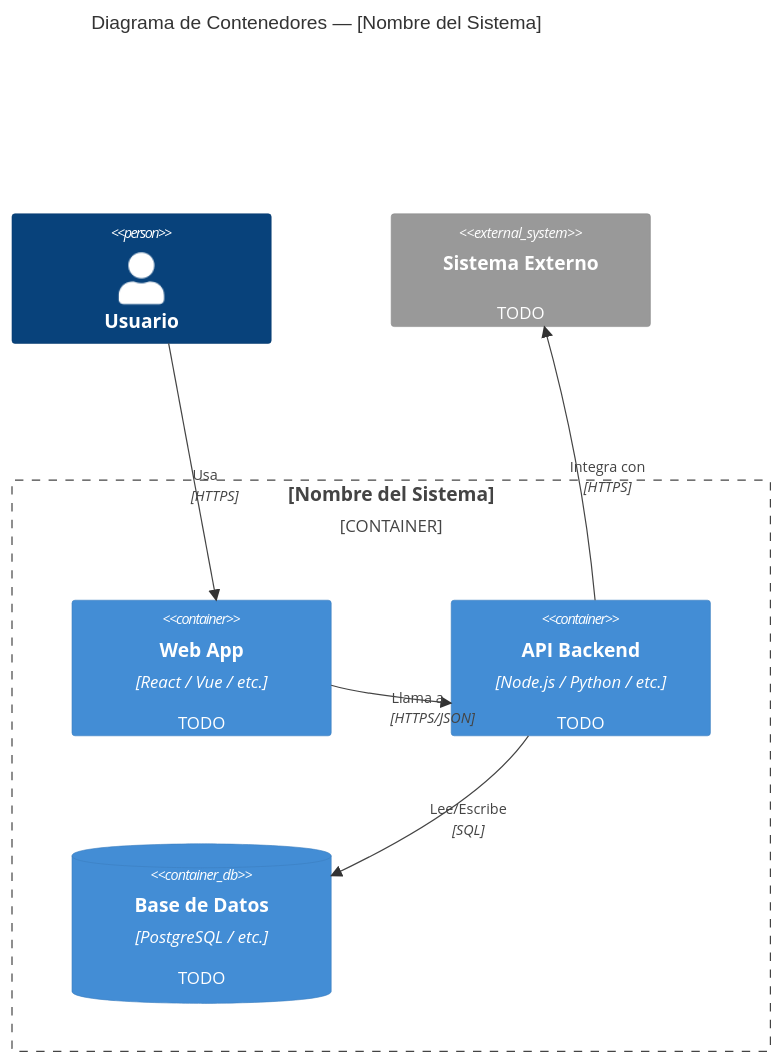
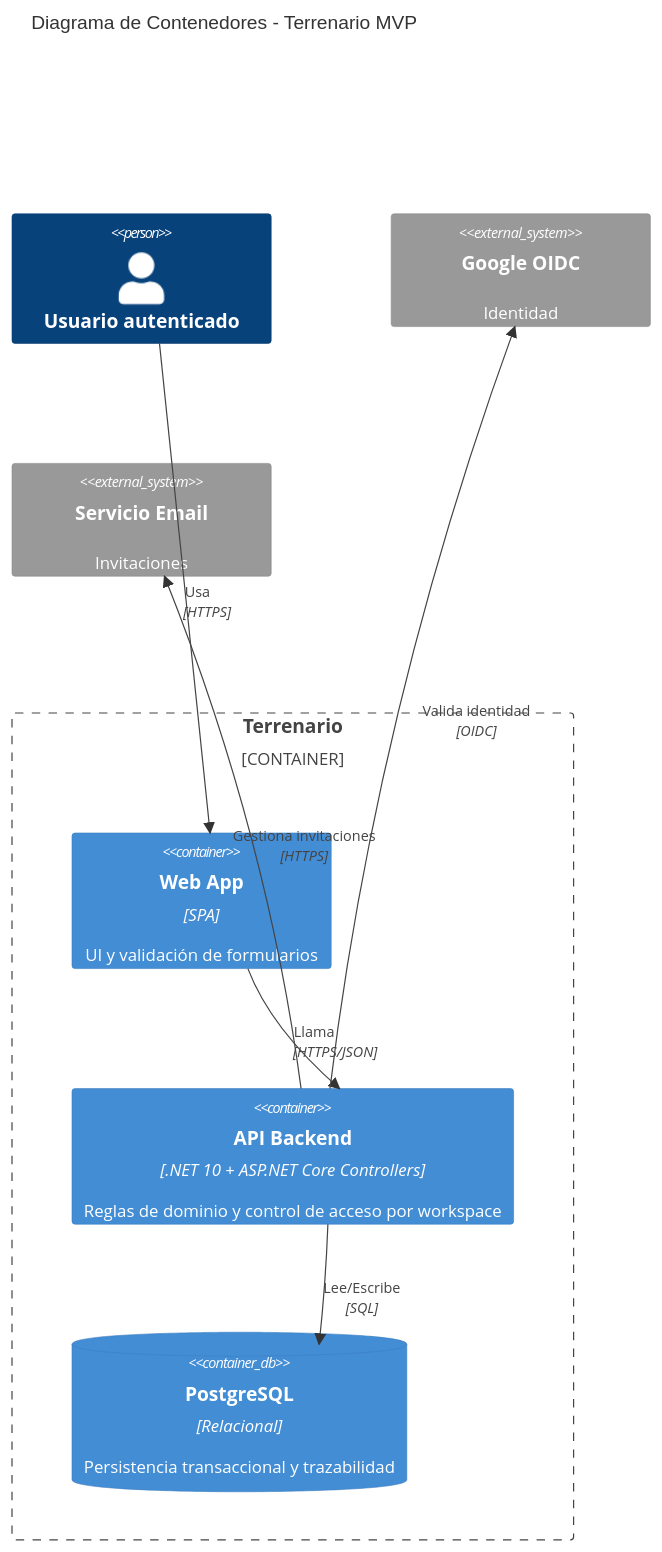
Before and after one commit to AndresGilabert/terrenario: the second of 2 diagrams in docs/02-arquitectura/vision-general.md, drawn with Mermaid. The commit also changed other lines of this file and 34 other files, not shown here.

````diff
--- a/docs/02-arquitectura/vision-general.md
+++ b/docs/02-arquitectura/vision-general.md
@@ -37,19 +70,21 @@
 ```mermaid
 C4Container
-    title Diagrama de Contenedores — [Nombre del Sistema]
+    title Diagrama de Contenedores - Terrenario MVP
 
-    Person(usuario, "Usuario")
+    Person(usuario, "Usuario autenticado")
 
-    Container_Boundary(c1, "[Nombre del Sistema]") {
-        Container(webapp, "Web App", "React / Vue / etc.", "TODO")
-        Container(api, "API Backend", "Node.js / Python / etc.", "TODO")
-        ContainerDb(db, "Base de Datos", "PostgreSQL / etc.", "TODO")
+    Container_Boundary(c1, "Terrenario") {
+        Container(webapp, "Web App", "SPA", "UI y validación de formularios")
+        Container(api, "API Backend", ".NET 10 + ASP.NET Core Controllers", "Reglas de dominio y control de acceso por workspace")
+        ContainerDb(db, "PostgreSQL", "Relacional", "Persistencia transaccional y trazabilidad")
     }
 
-    System_Ext(externo, "Sistema Externo", "TODO")
+    System_Ext(google_oidc, "Google OIDC", "Identidad")
+    System_Ext(email_service, "Servicio Email", "Invitaciones")
 
     Rel(usuario, webapp, "Usa", "HTTPS")
-    Rel(webapp, api, "Llama a", "HTTPS/JSON")
+    Rel(webapp, api, "Llama", "HTTPS/JSON")
     Rel(api, db, "Lee/Escribe", "SQL")
-    Rel(api, externo, "Integra con", "HTTPS")
+    Rel(api, google_oidc, "Valida identidad", "OIDC")
+    Rel(api, email_service, "Gestiona invitaciones", "HTTPS")
 ```
````
